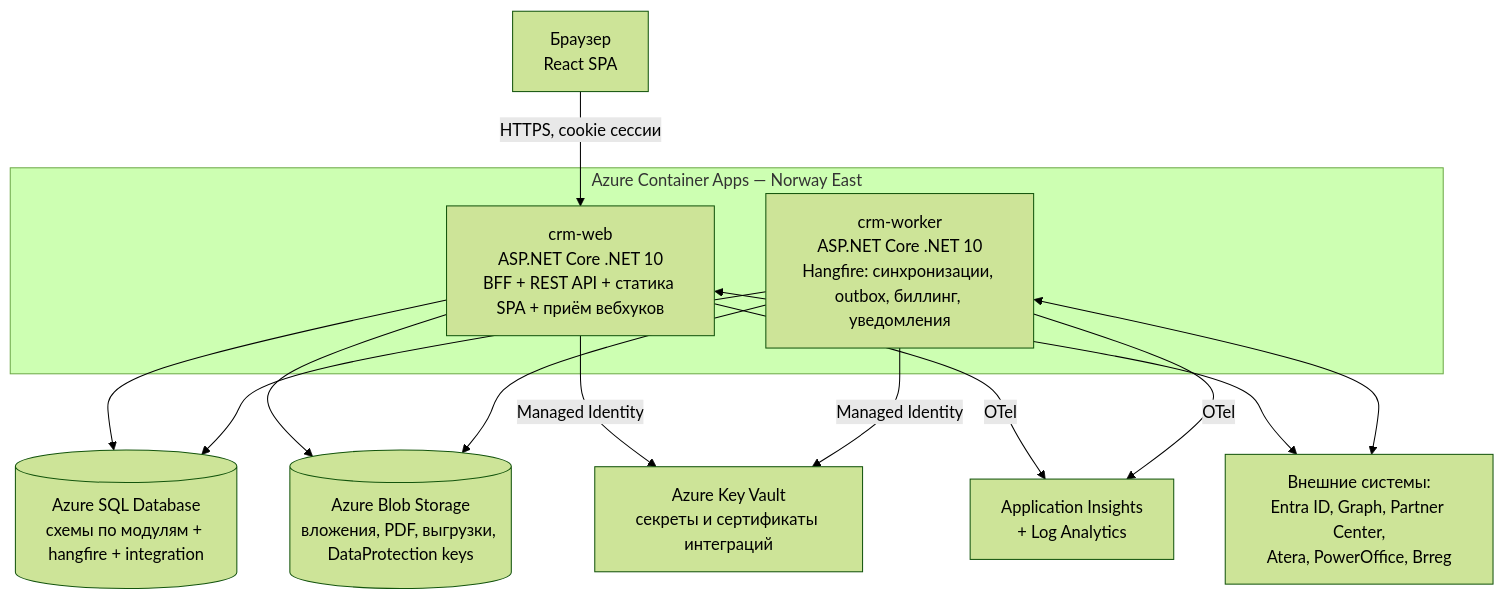
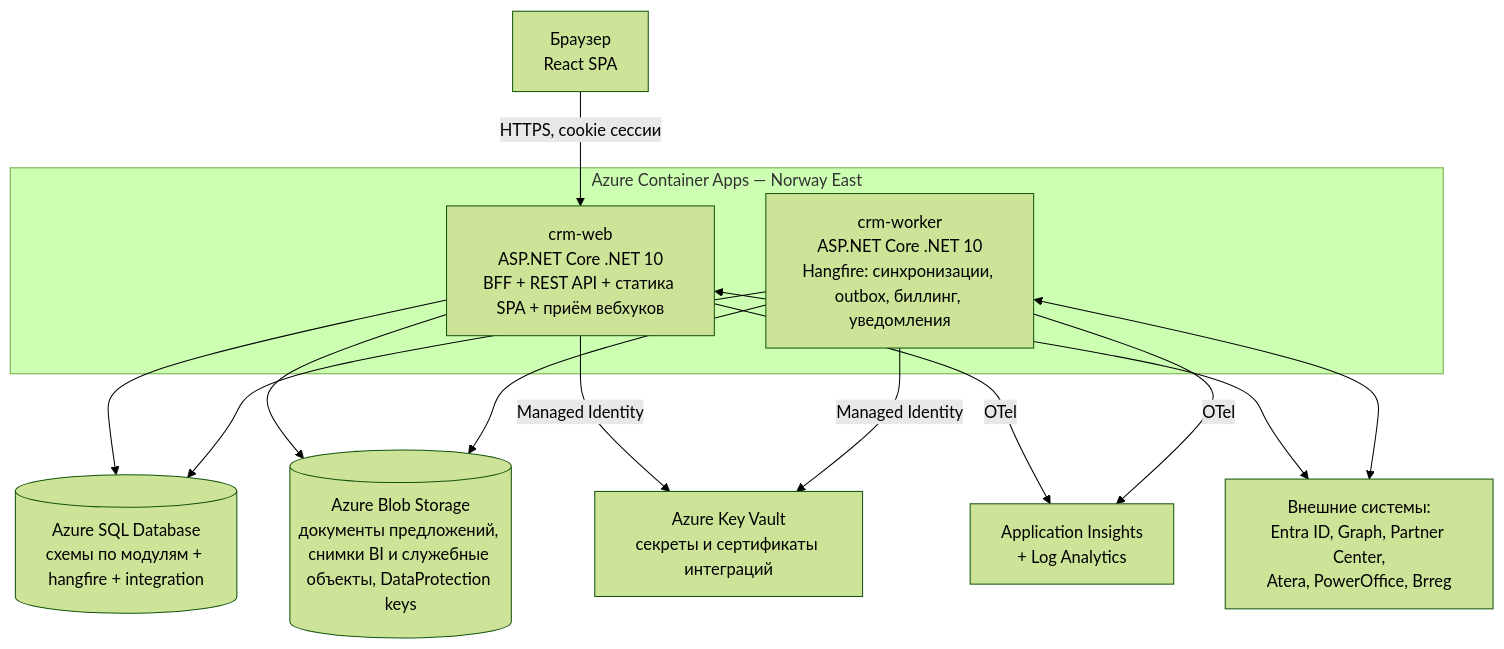
Before and after one commit to Oleksandr-Kliuiev/parasol: the second of 5 diagrams in docs/03-architecture.md, drawn with Mermaid (forest theme). The commit also changed other lines of this file and 32 other files, not shown here.

````diff
--- a/docs/03-architecture.md
+++ b/docs/03-architecture.md
@@ -59,28 +59,28 @@
 ```mermaid
 flowchart TB
   B[Браузер<br/>React SPA]
 
   subgraph ACA[Azure Container Apps — Norway East]
     WEB[crm-web<br/>ASP.NET Core .NET 10<br/>BFF + REST API + статика SPA + приём вебхуков]
     WRK[crm-worker<br/>ASP.NET Core .NET 10<br/>Hangfire: синхронизации, outbox, биллинг, уведомления]
   end
 
   SQL[(Azure SQL Database<br/>схемы по модулям + hangfire + integration)]
-  BLOB[(Azure Blob Storage<br/>вложения, PDF, выгрузки, DataProtection keys)]
+  BLOB[(Azure Blob Storage<br/>документы предложений, снимки BI и служебные объекты, DataProtection keys)]
   KV[Azure Key Vault<br/>секреты и сертификаты интеграций]
   AI[Application Insights<br/>+ Log Analytics]
 
   EXT[Внешние системы:<br/>Entra ID, Graph, Partner Center,<br/>Atera, PowerOffice, Brreg]
 
   B -->|HTTPS, cookie сессии| WEB
   WEB --> SQL
   WRK --> SQL
   WEB --> BLOB
   WRK --> BLOB
   WEB -->|Managed Identity| KV
   WRK -->|Managed Identity| KV
   WEB -->|OTel| AI
   WRK -->|OTel| AI
   WEB <--> EXT
   WRK <--> EXT
 ```
````
